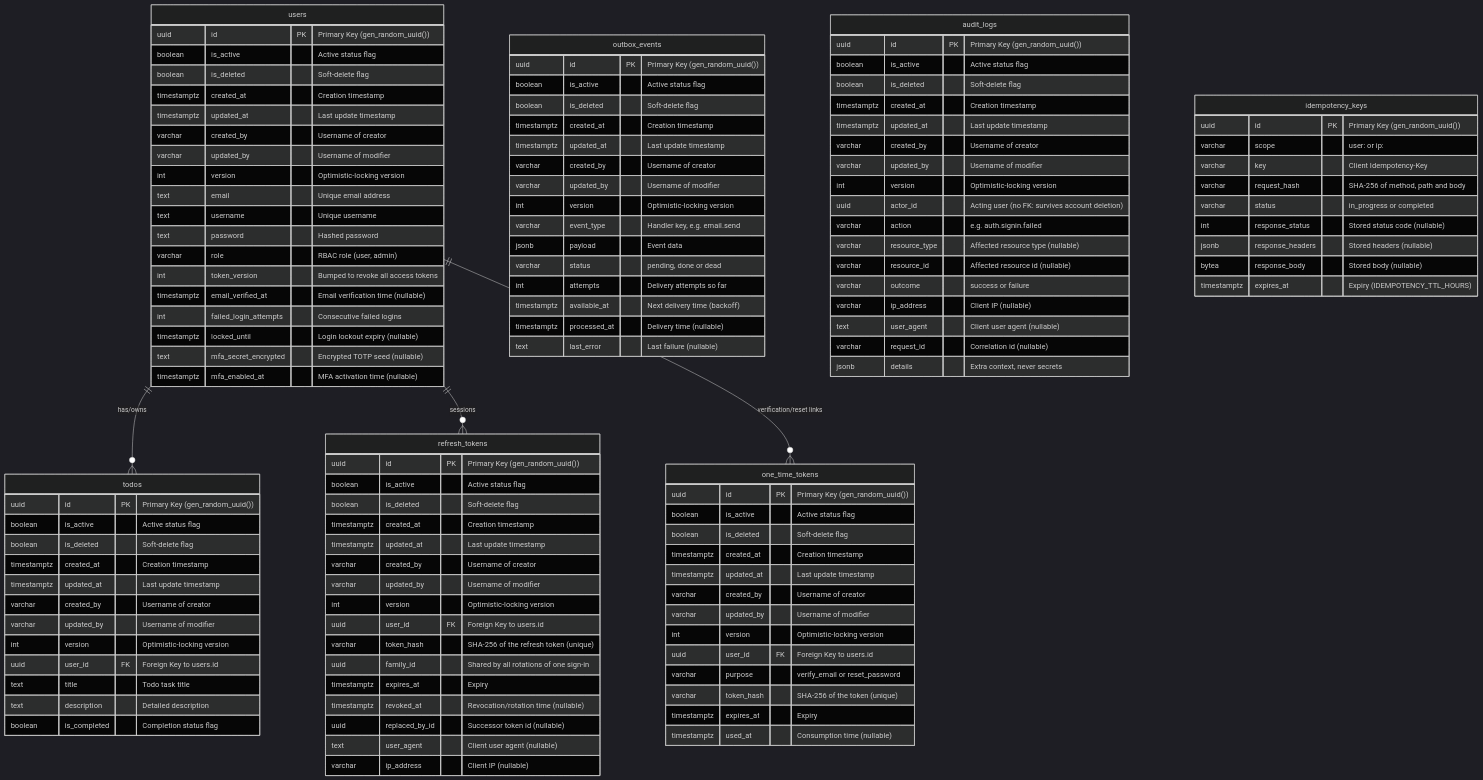
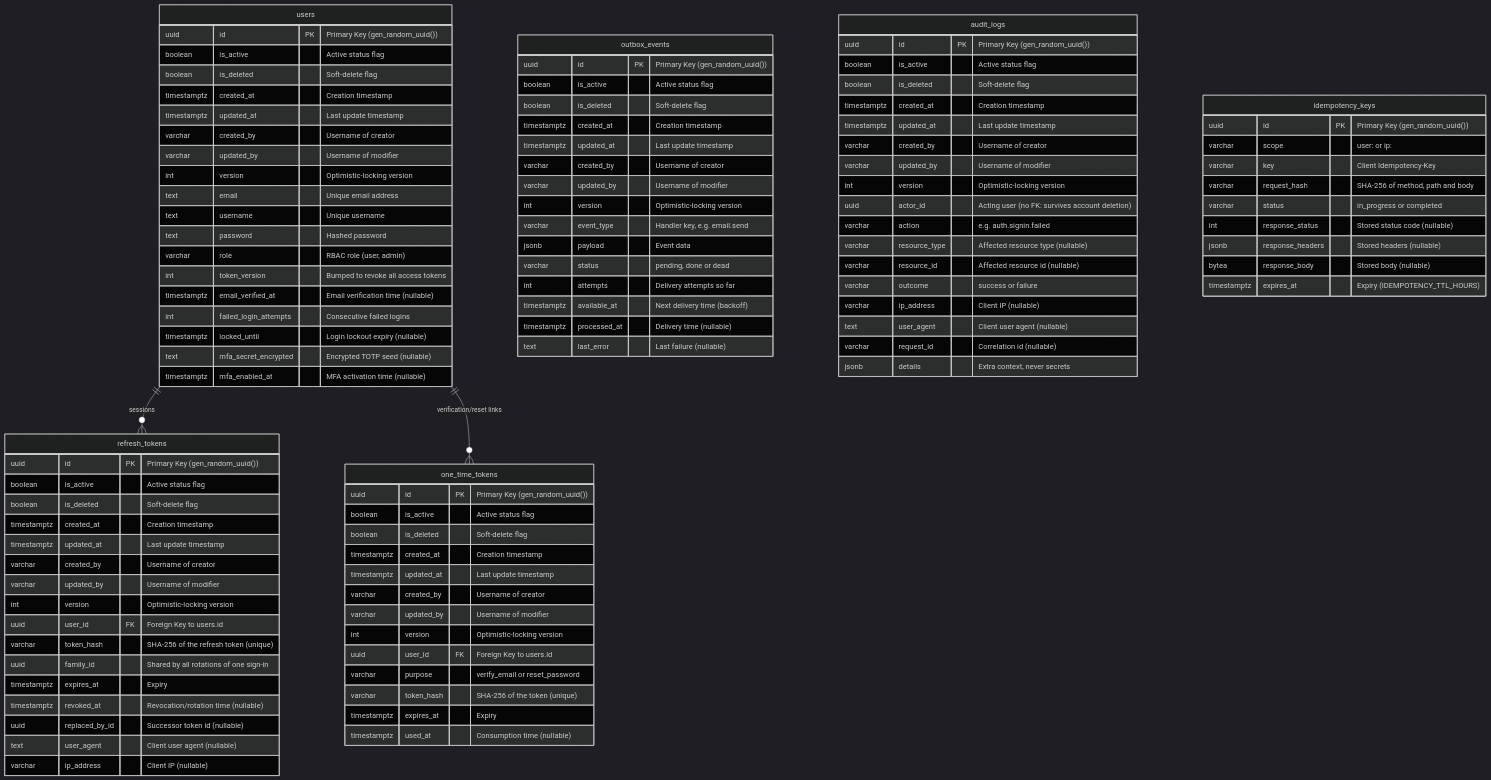
The first of 2 diagrams in docs/DATABASE_DESIGN.md (Kanchana-Weerasinghe/FastAPI_Production-Ready_Full-Stack_Blueprint), drawn with Mermaid (dark theme) before and after one commit. The commit also changed other lines of this file and 119 other files, not shown here.

````diff
--- a/docs/DATABASE_DESIGN.md
+++ b/docs/DATABASE_DESIGN.md
@@ -27,21 +27,6 @@
         timestamptz locked_until "Login lockout expiry (nullable)"
         text mfa_secret_encrypted "Encrypted TOTP seed (nullable)"
         timestamptz mfa_enabled_at "MFA activation time (nullable)"
-    }
-
-    todos {
-        uuid id PK "Primary Key (gen_random_uuid())"
-        boolean is_active "Active status flag"
-        boolean is_deleted "Soft-delete flag"
-        timestamptz created_at "Creation timestamp"
-        timestamptz updated_at "Last update timestamp"
-        varchar created_by "Username of creator"
-        varchar updated_by "Username of modifier"
-        int version "Optimistic-locking version"
-        uuid user_id FK "Foreign Key to users.id"
-        text title "Todo task title"
-        text description "Detailed description"
-        boolean is_completed "Completion status flag"
     }
 
     refresh_tokens {
@@ -129,7 +114,6 @@
         timestamptz expires_at "Expiry (IDEMPOTENCY_TTL_HOURS)"
     }
 
-    users ||--o{ todos : "has/owns"
     users ||--o{ refresh_tokens : "sessions"
     users ||--o{ one_time_tokens : "verification/reset links"
 ```
````
